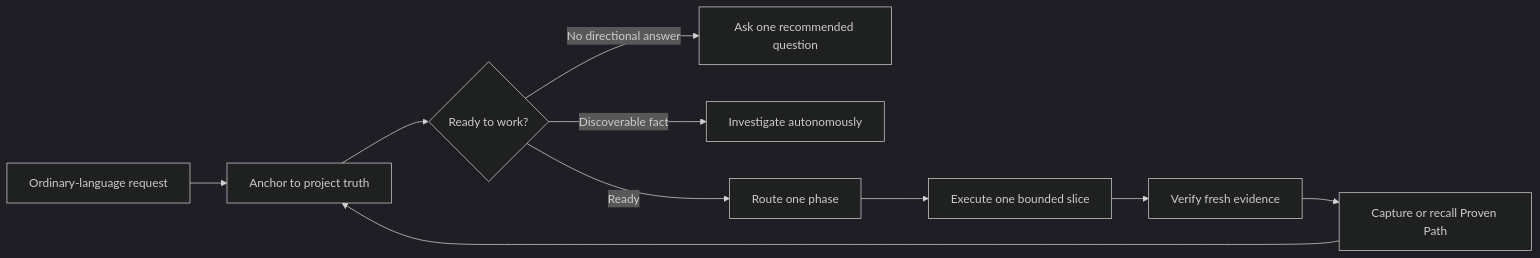
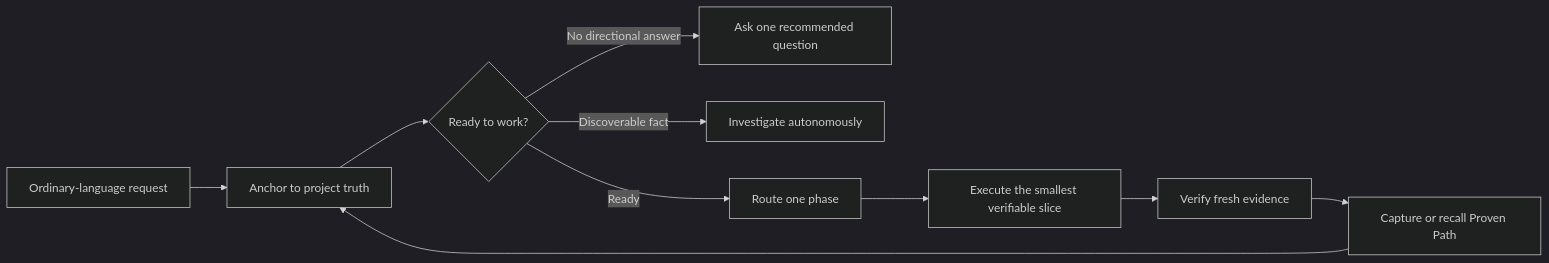
One commit to t01089572455/vibetether changed the diagram in README.md. Above: the diagram before and after it, drawn with Mermaid (dark theme). The commit also changed other lines of this file and 1 other file, not shown here.

````diff
--- a/README.md
+++ b/README.md
@@ -121,12 +188,12 @@
 ```mermaid
 flowchart LR
     U["Ordinary-language request"] --> A["Anchor to project truth"]
     A --> G{"Ready to work?"}
     G -->|"No directional answer"| Q["Ask one recommended question"]
     G -->|"Discoverable fact"| I["Investigate autonomously"]
     G -->|"Ready"| R["Route one phase"]
-    R --> S["Execute one bounded slice"]
+    R --> S["Execute the smallest verifiable slice"]
     S --> V["Verify fresh evidence"]
     V --> P["Capture or recall Proven Path"]
     P --> A
 ```
````
